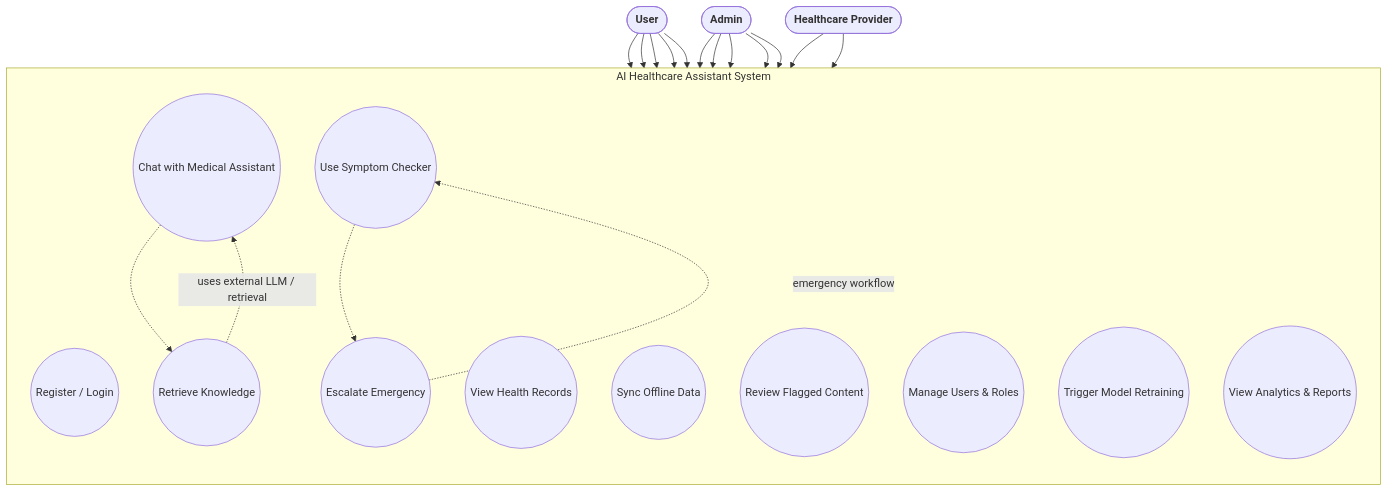
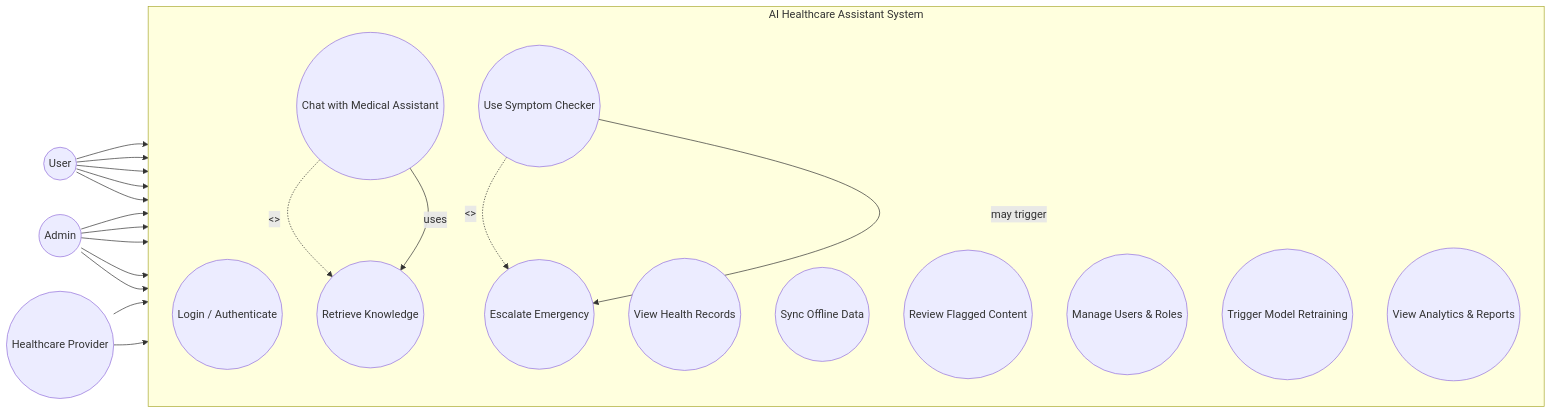
The diagram in readme/UseCaseDiagram.md (SKS-650/AI-Healthcare-Assistant-for-Rular-Areas), drawn with Mermaid before and after one commit.

Commit message:
usecase  diagram is updated

````diff
--- a/readme/UseCaseDiagram.md
+++ b/readme/UseCaseDiagram.md
@@ -5,42 +5,42 @@
 ```mermaid
-flowchart TD
-  %% Actors on left and right, use cases in the middle
-  actorUser([<b>User</b>])
-  actorAdmin([<b>Admin</b>])
-  actorProvider([<b>Healthcare Provider</b>])
+flowchart LR
+  %% Actors outside the system boundary with use cases inside
+  User((User))
+  Admin((Admin))
+  Provider((Healthcare Provider))
 
   subgraph SystemBoundary["AI Healthcare Assistant System"]
     direction TB
-    UC01((Register / Login))
-    UC02((Use Symptom Checker))
-    UC03((Chat with Medical Assistant))
-    UC04((View Health Records))
-    UC05((Sync Offline Data))
-    UC06((Review Flagged Content))
-    UC07((Manage Users & Roles))
-    UC08((Trigger Model Retraining))
-    UC09((View Analytics & Reports))
-    UC10((Escalate Emergency))
-    UC11((Retrieve Knowledge))
+    Login((Login / Authenticate))
+    Symptom((Use Symptom Checker))
+    Chat((Chat with Medical Assistant))
+    Records((View Health Records))
+    Offline((Sync Offline Data))
+    Flags((Review Flagged Content))
+    Users((Manage Users & Roles))
+    Retrain((Trigger Model Retraining))
+    Analytics((View Analytics & Reports))
+    Emergency((Escalate Emergency))
+    Knowledge((Retrieve Knowledge))
   end
 
-  actorUser --> UC01
-  actorUser --> UC02
-  actorUser --> UC03
-  actorUser --> UC04
-  actorUser --> UC05
+  User --> Login
+  User --> Symptom
+  User --> Chat
+  User --> Records
+  User --> Offline
 
-  actorAdmin --> UC01
-  actorAdmin --> UC06
-  actorAdmin --> UC07
-  actorAdmin --> UC08
-  actorAdmin --> UC09
+  Admin --> Login
+  Admin --> Flags
+  Admin --> Users
+  Admin --> Retrain
+  Admin --> Analytics
 
-  actorProvider --> UC04
-  actorProvider --> UC06
+  Provider --> Records
+  Provider --> Flags
 
-  UC03 -.-> UC11
-  UC02 -.-> UC10
-  UC11 -.->|"uses external LLM / retrieval"| UC03
-  UC10 -.->|"emergency workflow"| UC02
+  Chat -.->|<<include>>| Knowledge
+  Symptom -.->|<<extend>>| Emergency
+  Chat -->|uses| Knowledge
+  Symptom -->|may trigger| Emergency
 ```
````
